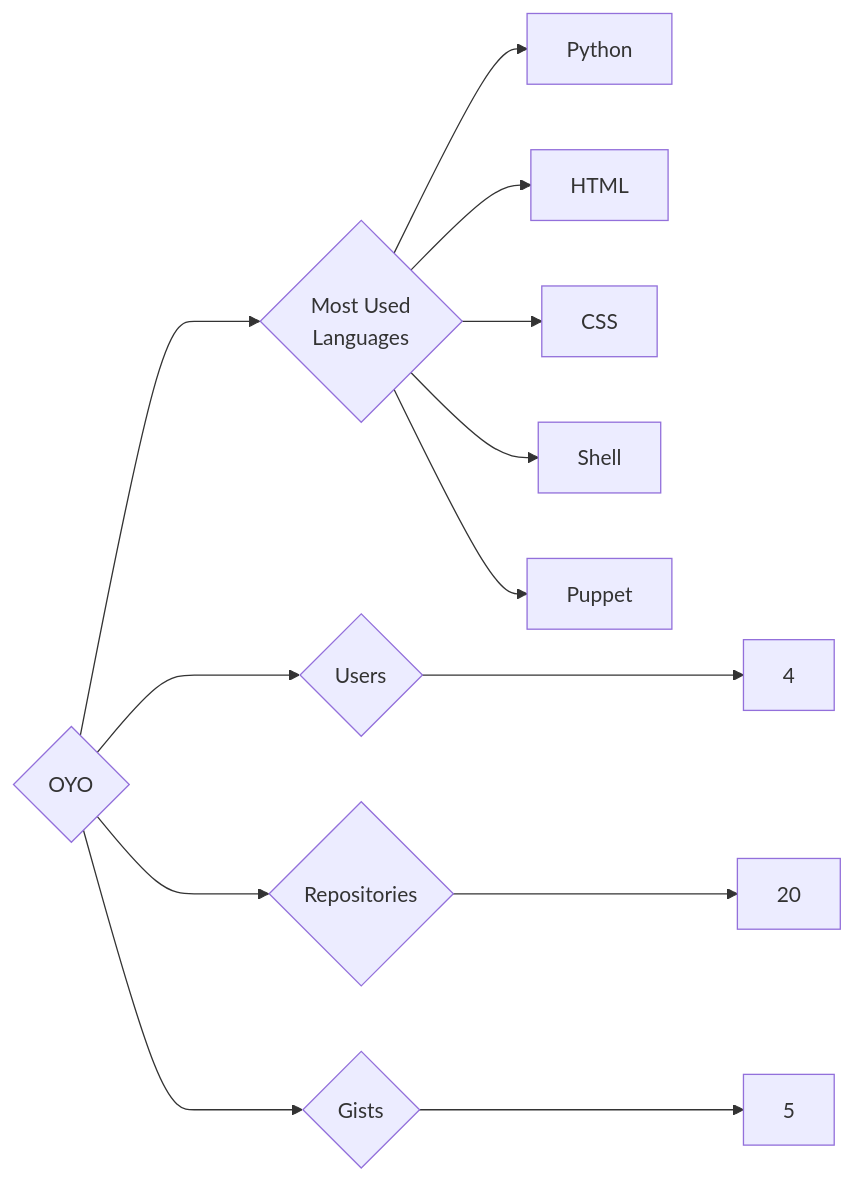
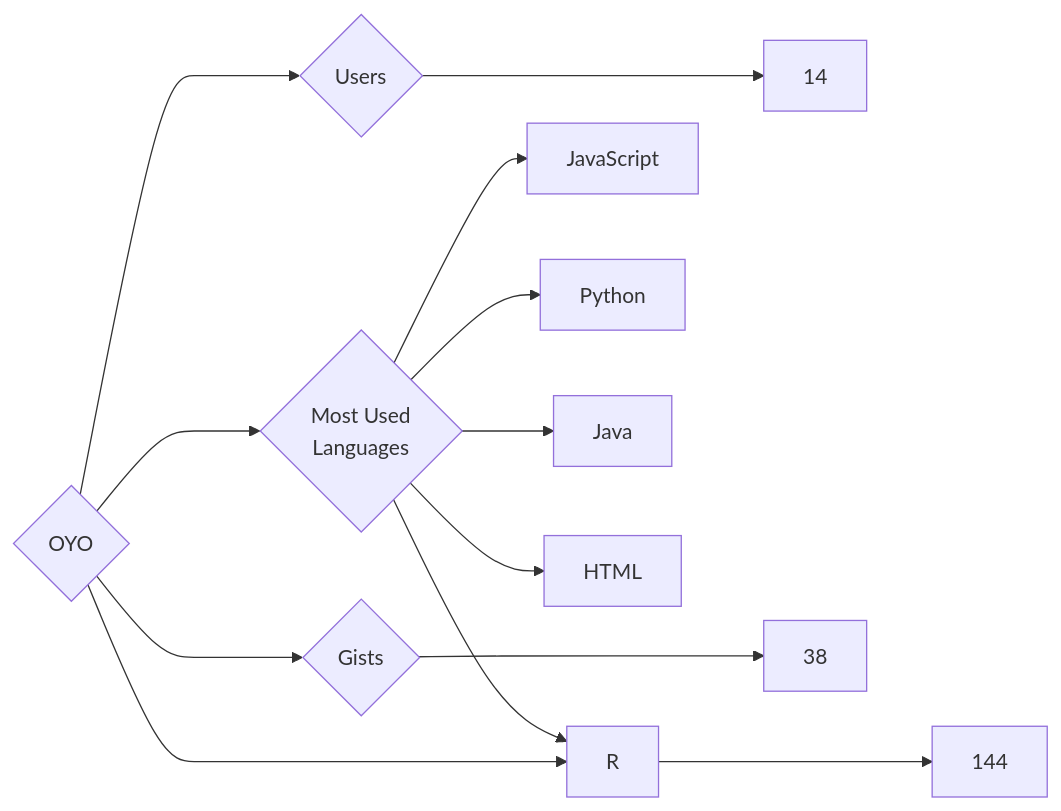
Before and after one commit to trickest/insiders: the diagram in targets/OYO/README.md, drawn with Mermaid. The commit also changed 976 other files, not shown here.

````diff
--- a/targets/OYO/README.md
+++ b/targets/OYO/README.md
@@ -3,13 +3,13 @@
 ```mermaid
 graph LR
 COMPANY_NAME{OYO}
-COMPANY_NAME ---> U{Users} ---> UN[4]
-COMPANY_NAME ---> R{Repositories} ---> RN[20]
-COMPANY_NAME ---> G{Gists} ---> GN[5]
+COMPANY_NAME ---> U{Users} ---> UN[14]
+COMPANY_NAME ---> R{Repositories} ---> RN[144]
+COMPANY_NAME ---> G{Gists} ---> GN[38]
 COMPANY_NAME ---> ML{Most Used<br>Languages}
+ML --> JavaScript[JavaScript]
 ML --> Python[Python]
+ML --> Java[Java]
+ML --> R[R]
 ML --> HTML[HTML]
-ML --> CSS[CSS]
-ML --> Shell[Shell]
-ML --> Puppet[Puppet]
 ```
````
